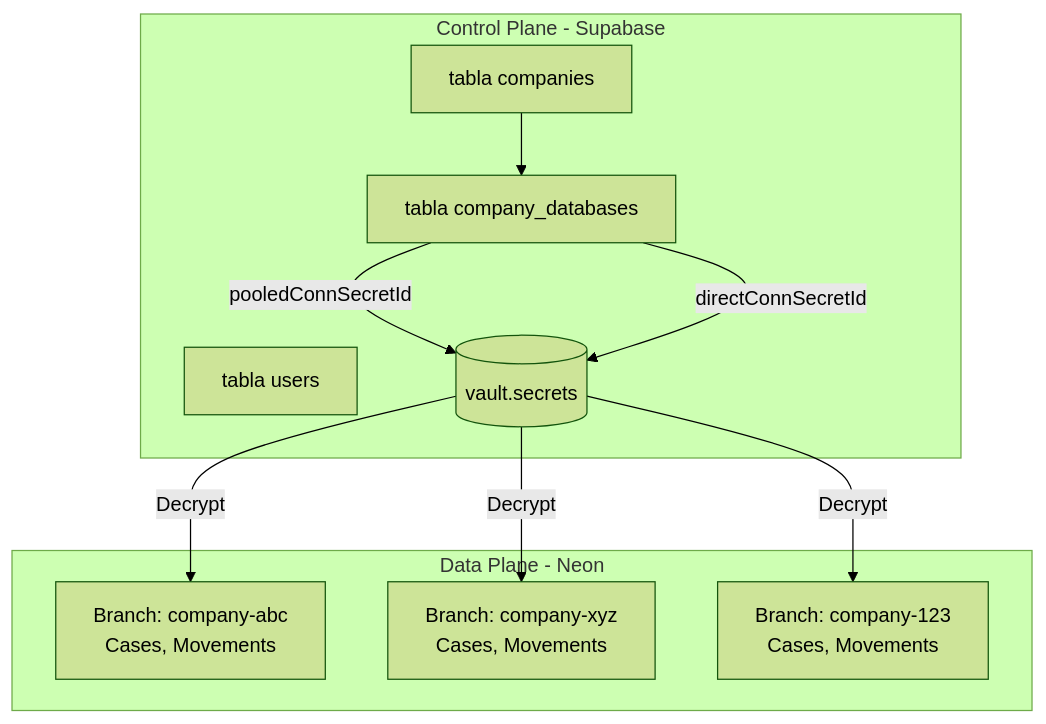
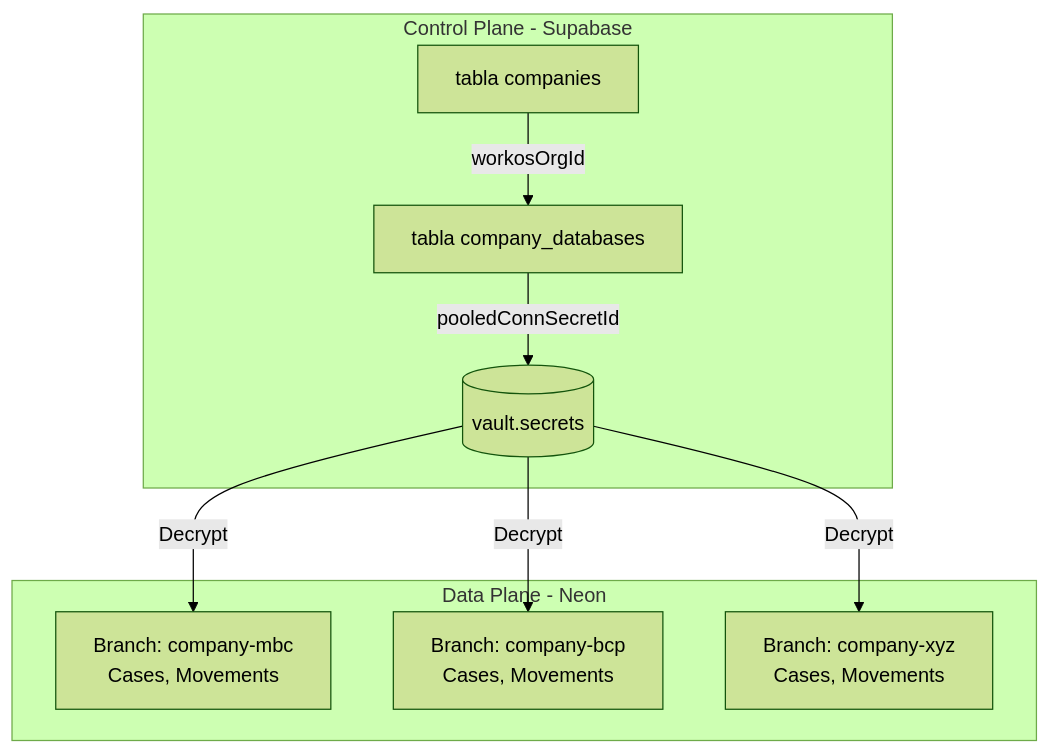
Before and after one commit to GetClamo/docs: the third of 3 diagrams in es/arquitectura/seguridad.mdx, drawn with Mermaid (forest theme). The commit also changed other lines of this file and 10 other files, not shown here.

First line of the commit message:
docs: update architecture documentation for data model, RRS pattern, service SDKs, and security

````diff
--- a/es/arquitectura/seguridad.mdx
+++ b/es/arquitectura/seguridad.mdx
@@ -139,23 +285,21 @@
 ```mermaid
 flowchart TB
     subgraph Control [Control Plane - Supabase]
         Companies[tabla companies]
         CompanyDB[tabla company_databases]
-        Users[tabla users]
         Vault[(vault.secrets)]
     end
     
     subgraph Data [Data Plane - Neon]
-        Branch1[Branch: company-abc<br/>Cases, Movements]
-        Branch2[Branch: company-xyz<br/>Cases, Movements]
-        Branch3[Branch: company-123<br/>Cases, Movements]
+        Branch1[Branch: company-mbc<br/>Cases, Movements]
+        Branch2[Branch: company-bcp<br/>Cases, Movements]
+        Branch3[Branch: company-xyz<br/>Cases, Movements]
     end
     
-    Companies --> CompanyDB
+    Companies -->|workosOrgId| CompanyDB
     CompanyDB -->|pooledConnSecretId| Vault
-    CompanyDB -->|directConnSecretId| Vault
     
     Vault -->|Decrypt| Branch1
     Vault -->|Decrypt| Branch2
     Vault -->|Decrypt| Branch3
 ```
````
